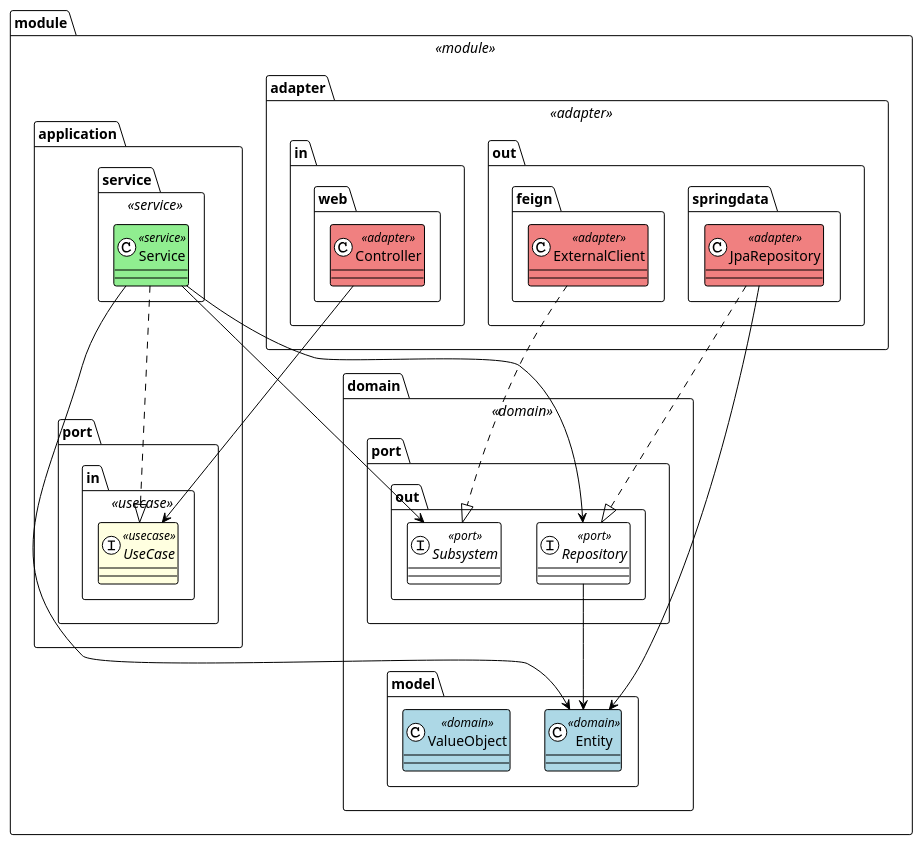
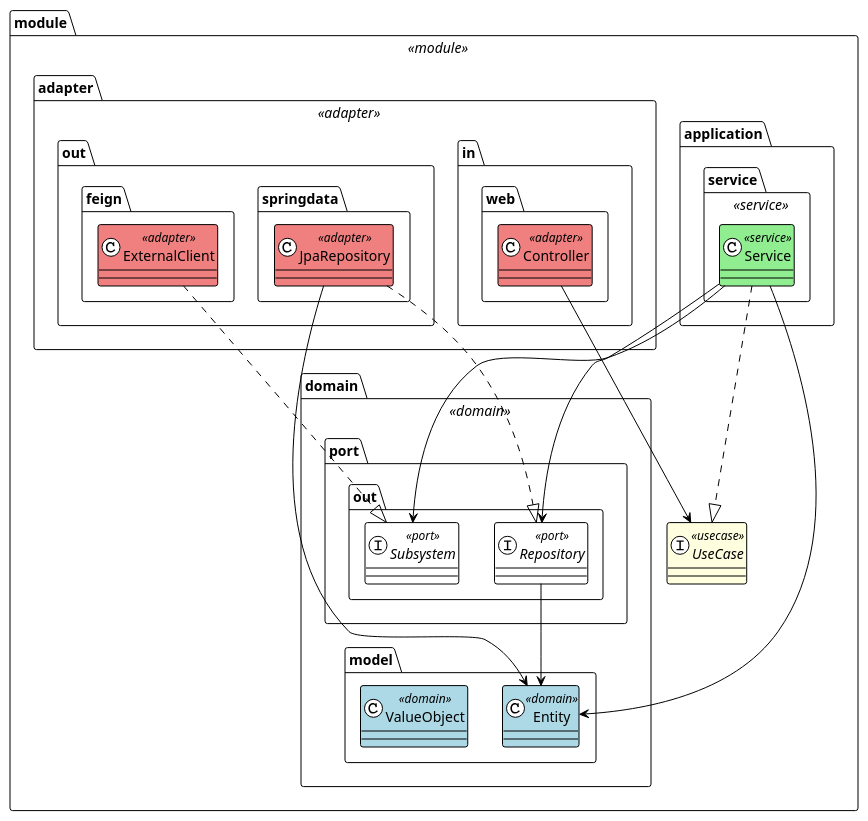
One commit to Nikolayill/spring-petclinic-rest-modulith changed the first of 2 diagrams in docs/HEXAGONAL_ARCHITECTURE_UML.md. Above: the diagram before and after it, drawn with PlantUML. The commit also changed other lines of this file and 4 other files, not shown here.

Commit message:
ADR-04 use cases must been placed in module root package

````diff
--- a/docs/HEXAGONAL_ARCHITECTURE_UML.md
+++ b/docs/HEXAGONAL_ARCHITECTURE_UML.md
@@ -7,64 +9,63 @@
 ```plantuml
 @startuml
 !theme plain
 skinparam class {
     BackgroundColor<<domain>> lightblue
     BackgroundColor<<usecase>> lightyellow
     BackgroundColor<<service>> lightgreen
     BackgroundColor<<adapter>> lightcoral
     BorderColor black
 }
 
 package "module" <<module>> {
+    ' Public API at module root (Spring Modulith compliance)
+    interface UseCase <<usecase>>
+    
     package "domain" <<domain>> {
         package "model" {
             class Entity <<domain>>
             class ValueObject <<domain>>
         }
 
         package "port.out"  {
             interface Repository <<port>>
             interface Subsystem <<port>>
         }
     }
     package "application" { 
-        package "port.in" <<usecase>> {
-            interface UseCase <<usecase>>
-        }
-
         package "service" <<service>> {
             class Service <<service>>
         }
     }
 
     package "adapter" <<adapter>> {
         package "in" {
             package "web" {
                 class Controller <<adapter>>
             }
         }
 
         package "out" {
             package "springdata" {
                 class JpaRepository <<adapter>>
             }
             package "feign" {
                 class ExternalClient <<adapter>>
             }
         }
     }
 }
 
 ' Dependencies (all point inward to domain)
 Controller --> UseCase
 Service ..|> UseCase
 Service --> Repository
 Service --> Subsystem
 Service --> Entity
 Repository --> Entity
 JpaRepository ..|> Repository
 JpaRepository --> Entity
 ExternalClient ..|> Subsystem
 
 @enduml
 ```
````
